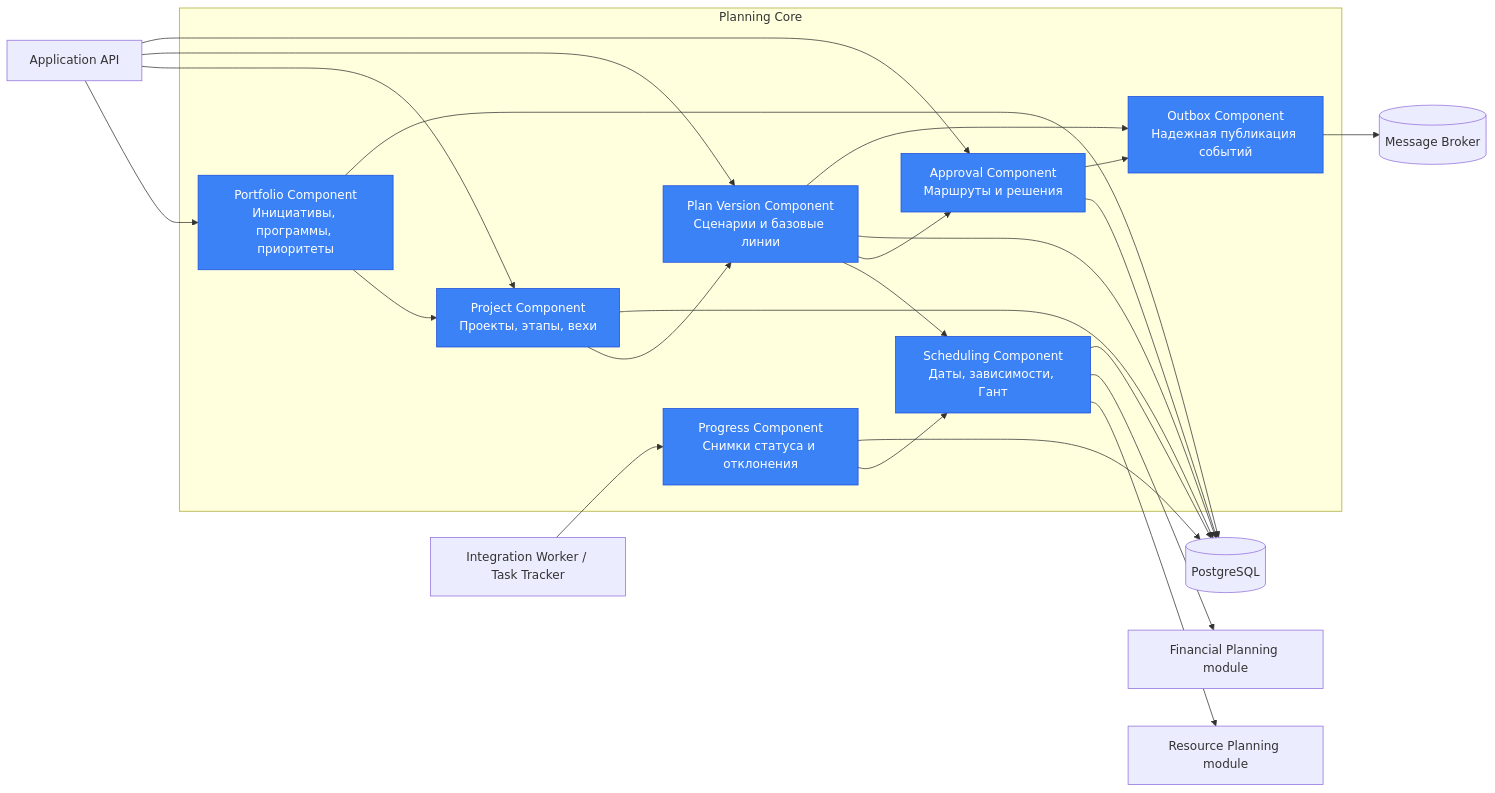
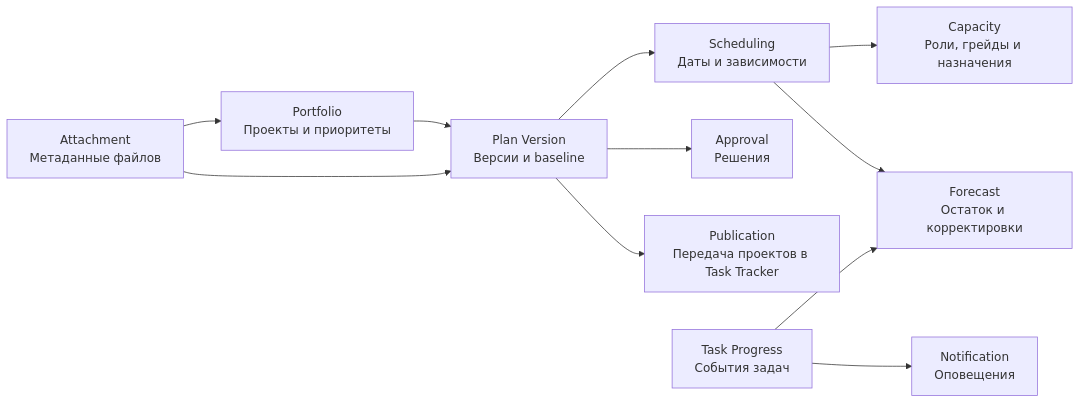
Before and after one commit to MEPhI-C22-501/arch-info-system-monorepo: the diagram in planning-system/docs/diagrams/03-c4-component-planning-core.mmd, drawn with Mermaid. The commit also changed 15 other files, not shown here.

```diff
--- a/planning-system/docs/diagrams/03-c4-component-planning-core.mmd
+++ b/planning-system/docs/diagrams/03-c4-component-planning-core.mmd
@@ -1,42 +1,11 @@
 flowchart LR
-  api["Application API"]
-  tracker["Integration Worker / Task Tracker"]
-  resource["Resource Planning module"]
-  financial["Financial Planning module"]
-  broker[("Message Broker")]
-  db[("PostgreSQL")]
-
-  subgraph core["Planning Core"]
-    portfolio["Portfolio Component<br/>Инициативы, программы, приоритеты"]
-    project["Project Component<br/>Проекты, этапы, вехи"]
-    version["Plan Version Component<br/>Сценарии и базовые линии"]
-    schedule["Scheduling Component<br/>Даты, зависимости, Гант"]
-    approval["Approval Component<br/>Маршруты и решения"]
-    progress["Progress Component<br/>Снимки статуса и отклонения"]
-    outbox["Outbox Component<br/>Надежная публикация событий"]
-  end
-
-  api --> portfolio
-  api --> project
-  api --> version
-  api --> approval
-  portfolio --> project
-  project --> version
-  version --> schedule
-  version --> approval
-  tracker --> progress
-  progress --> schedule
-  schedule --> resource
-  schedule --> financial
-  portfolio --> db
-  project --> db
-  version --> db
-  schedule --> db
-  approval --> db
-  progress --> db
-  approval --> outbox
-  version --> outbox
-  outbox --> broker
-
-  classDef component fill:#3b82f6,color:#fff,stroke:#1d4ed8;
-  class portfolio,project,version,schedule,approval,progress,outbox component;
+  portfolio["Portfolio<br/>Проекты и приоритеты"] --> version["Plan Version<br/>Версии и baseline"]
+  version --> schedule["Scheduling<br/>Даты и зависимости"]
+  schedule --> capacity["Capacity<br/>Роли, грейды и назначения"]
+  schedule --> forecast["Forecast<br/>Остаток и корректировки"]
+  version --> approval["Approval<br/>Решения"]
+  version --> publication["Publication<br/>Передача проектов в Task Tracker"]
+  progress["Task Progress<br/>События задач"] --> forecast
+  progress --> notification["Notification<br/>Оповещения"]
+  attachment["Attachment<br/>Метаданные файлов"] --> portfolio
+  attachment --> version
```
